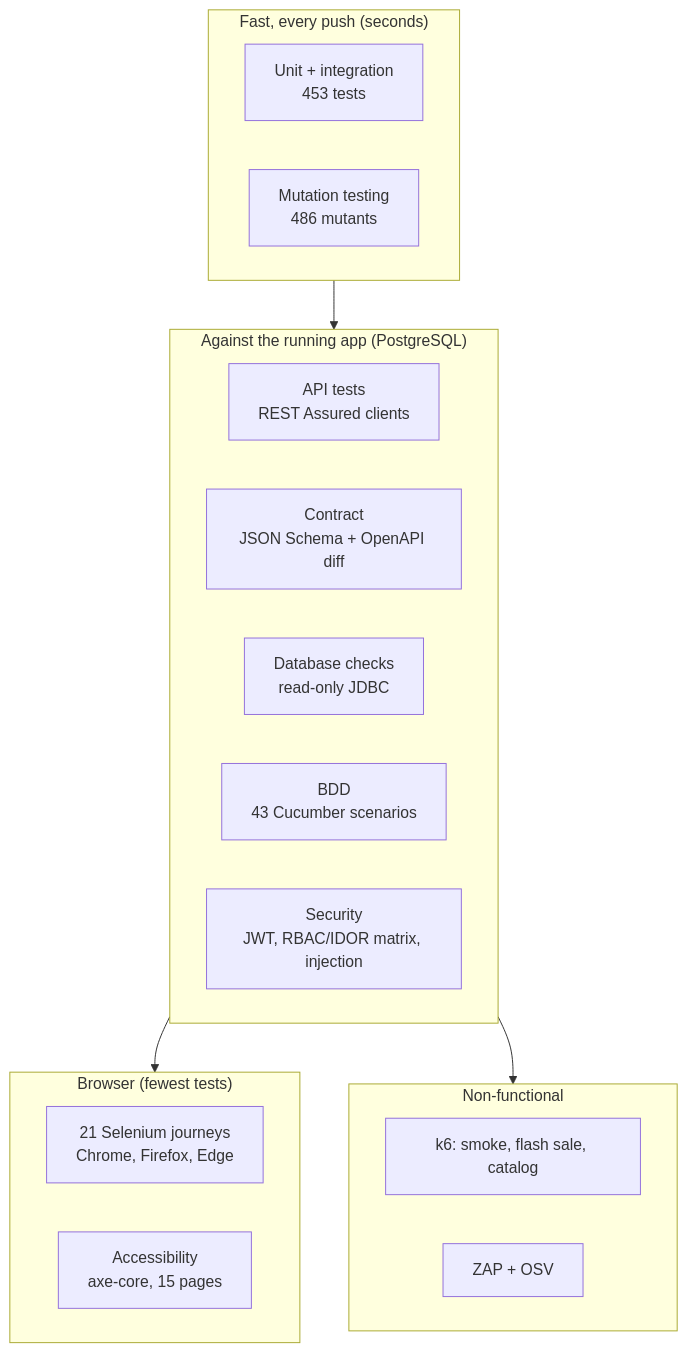
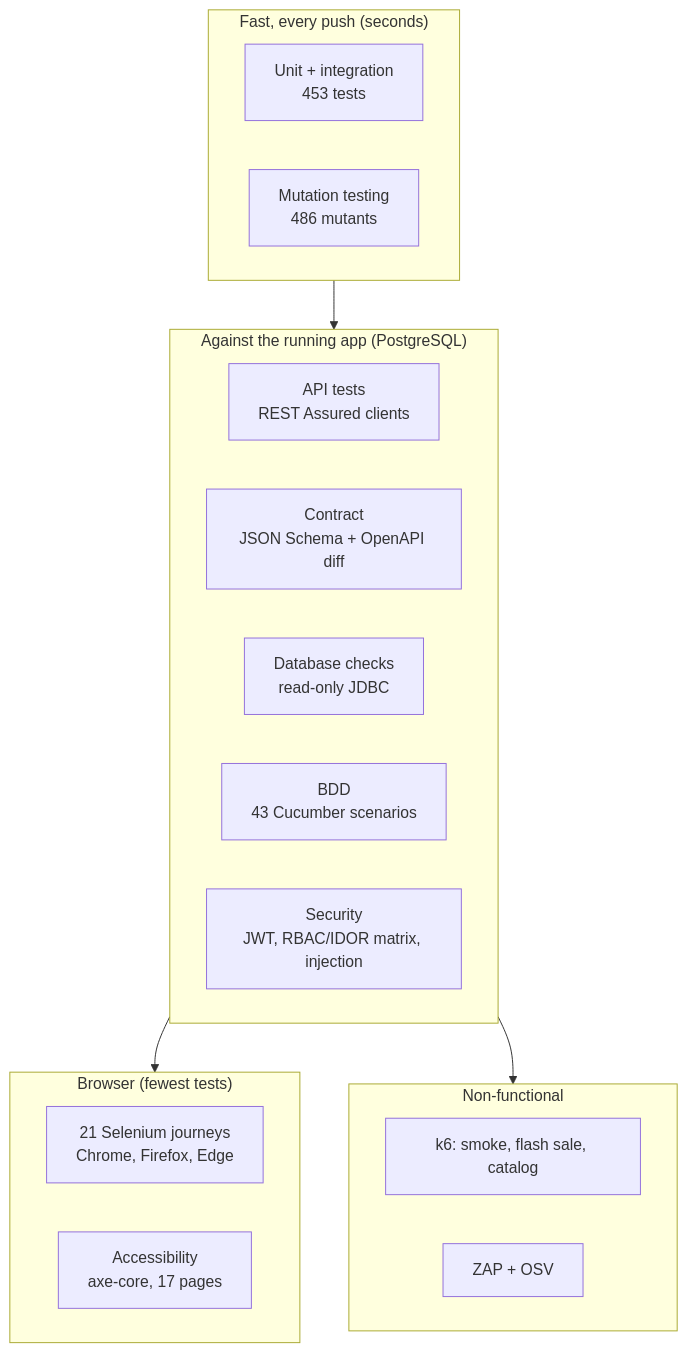
The first of 2 diagrams in README.md (rbchy/RbcTcsWorld), drawn with Mermaid before and after one commit. The commit also changed other lines of this file and 3 other files, not shown here.

````diff
--- a/README.md
+++ b/README.md
@@ -77,24 +77,24 @@
 ```mermaid
 flowchart TB
   subgraph fast["Fast, every push (seconds)"]
     U["Unit + integration<br/>453 tests"]
     M["Mutation testing<br/>486 mutants"]
   end
   subgraph service["Against the running app (PostgreSQL)"]
     A["API tests<br/>REST Assured clients"]
     C["Contract<br/>JSON Schema + OpenAPI diff"]
     D["Database checks<br/>read-only JDBC"]
     B["BDD<br/>43 Cucumber scenarios"]
     S["Security<br/>JWT, RBAC/IDOR matrix, injection"]
   end
   subgraph ui["Browser (fewest tests)"]
     W["21 Selenium journeys<br/>Chrome, Firefox, Edge"]
-    X["Accessibility<br/>axe-core, 15 pages"]
+    X["Accessibility<br/>axe-core, 17 pages"]
   end
   subgraph nonfunc["Non-functional"]
     K["k6: smoke, flash sale, catalog"]
     Z["ZAP + OSV"]
   end
   fast --> service --> ui
   service --> nonfunc
 ```
````
